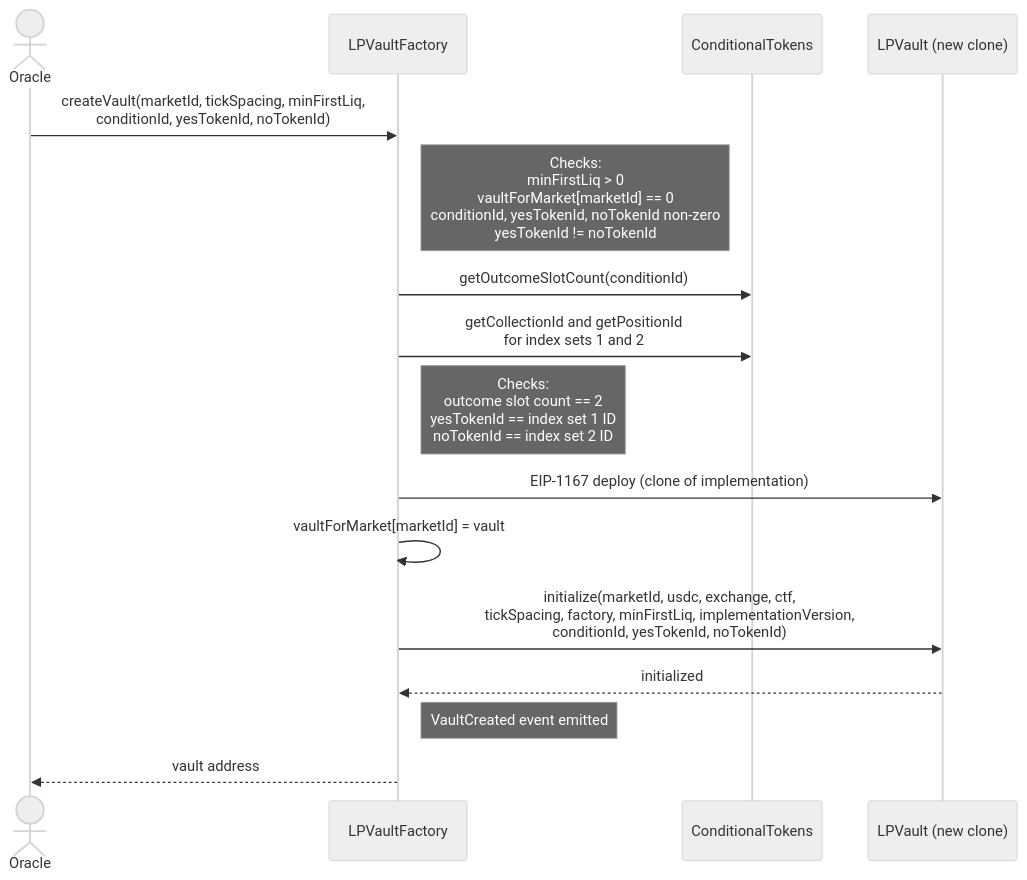
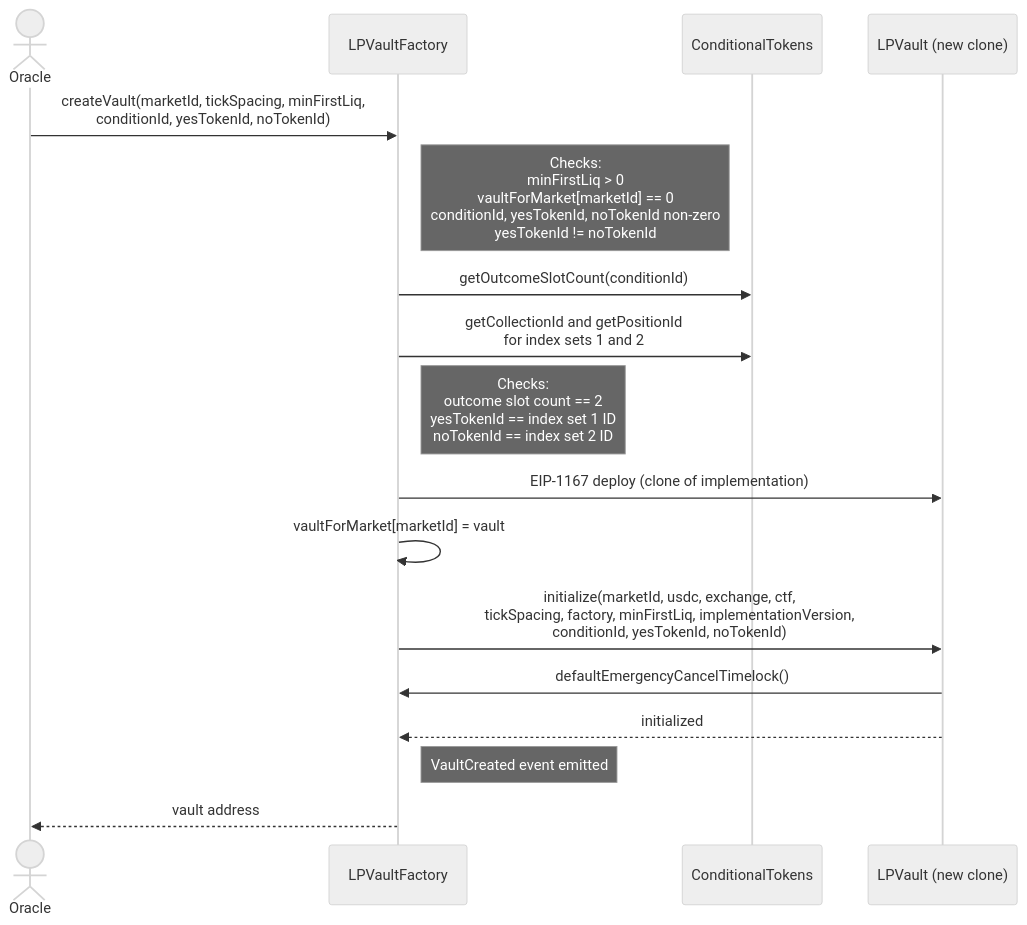
The second of 33 diagrams in REFERENCE.md (ProphetMarket/lp-vaults), drawn with Mermaid (neutral theme) before and after one commit. The commit also changed other lines of this file and 4 other files, not shown here.

````diff
--- a/REFERENCE.md
+++ b/REFERENCE.md
@@ -110,19 +110,20 @@
 ```mermaid
 sequenceDiagram
     actor Oracle
     participant Factory as LPVaultFactory
     participant CT as ConditionalTokens
     participant Vault as LPVault (new clone)
 
     Oracle->>Factory: createVault(marketId, tickSpacing, minFirstLiq,<br/>conditionId, yesTokenId, noTokenId)
     Note right of Factory: Checks:<br/>minFirstLiq > 0<br/>vaultForMarket[marketId] == 0<br/>conditionId, yesTokenId, noTokenId non-zero<br/>yesTokenId != noTokenId
     Factory->>CT: getOutcomeSlotCount(conditionId)
     Factory->>CT: getCollectionId and getPositionId<br/>for index sets 1 and 2
     Note right of Factory: Checks:<br/>outcome slot count == 2<br/>yesTokenId == index set 1 ID<br/>noTokenId == index set 2 ID
     Factory->>Vault: EIP-1167 deploy (clone of implementation)
     Factory->>Factory: vaultForMarket[marketId] = vault
     Factory->>Vault: initialize(marketId, usdc, exchange, ctf,<br/>tickSpacing, factory, minFirstLiq, implementationVersion,<br/>conditionId, yesTokenId, noTokenId)
+    Vault->>Factory: defaultEmergencyCancelTimelock()
     Vault-->>Factory: initialized
     Note right of Factory: VaultCreated event emitted
     Factory-->>Oracle: vault address
 ```
````
